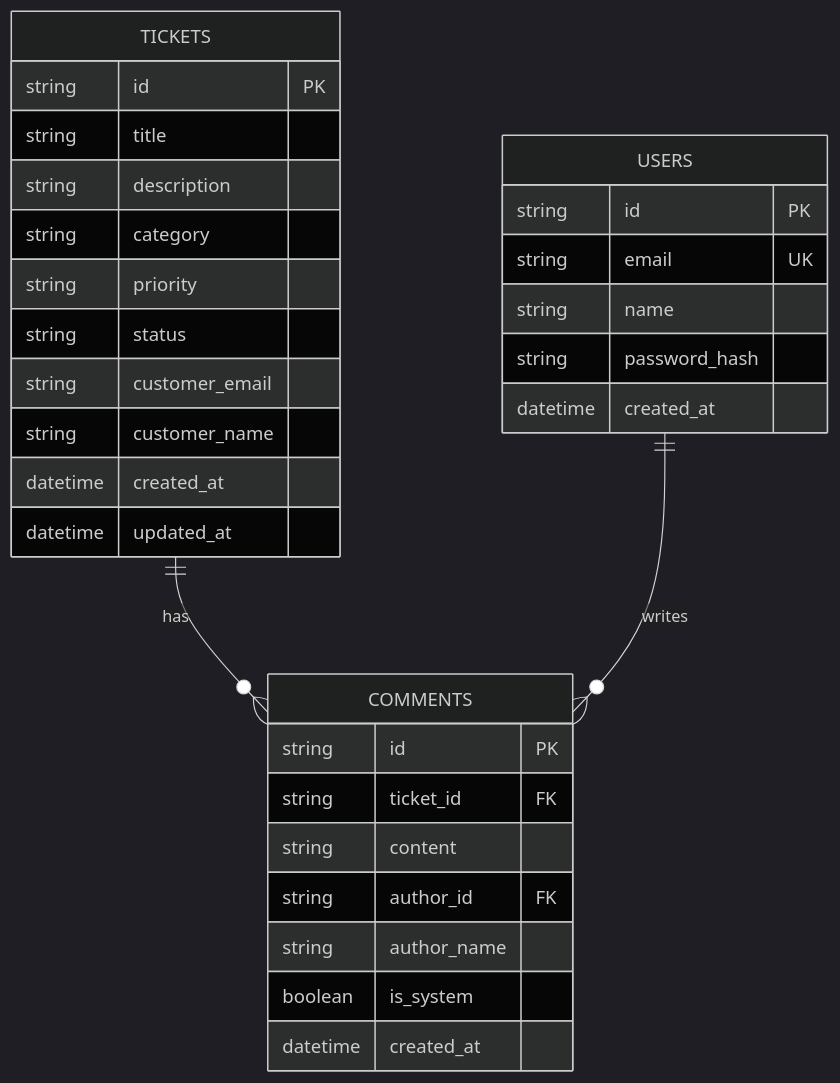
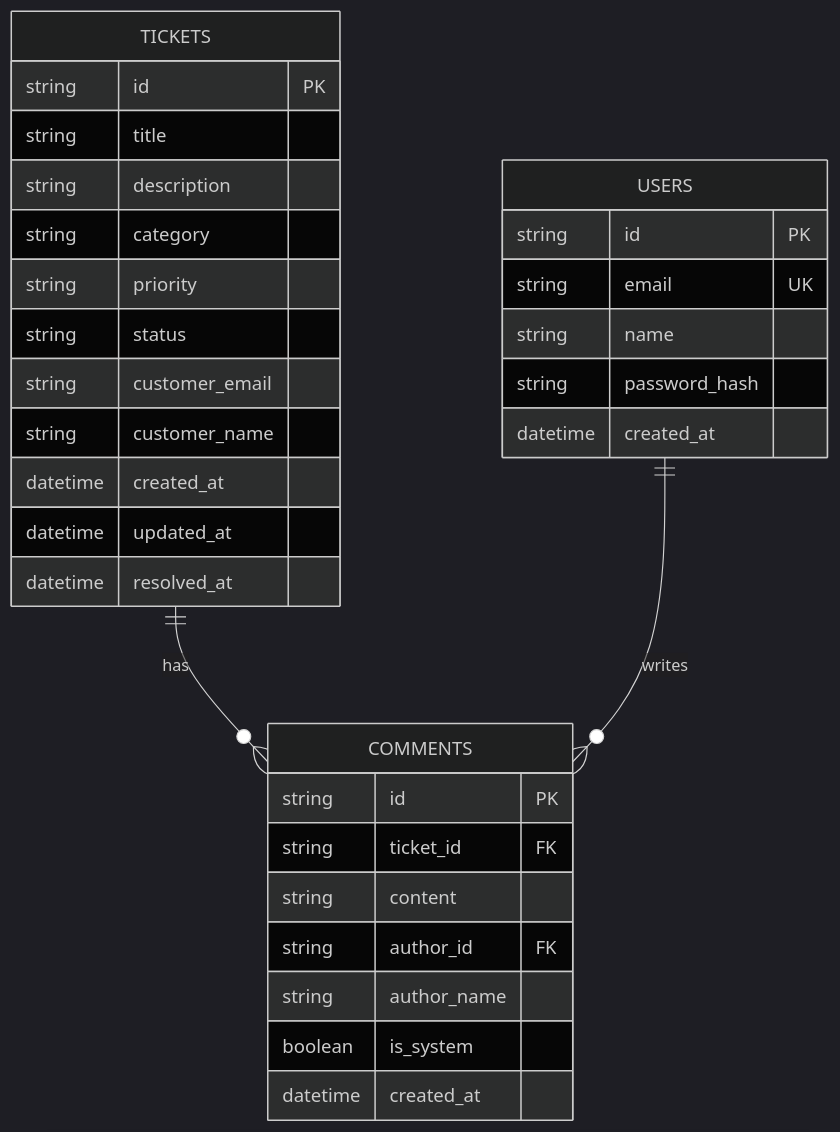
Before and after one commit to ti994a/TelosDemo: the fifth of 9 diagrams in .kiro/steering/architecture-overview.md, drawn with Mermaid (dark theme). The commit also changed other lines of this file and 20 other files, not shown here.

````diff
--- a/.kiro/steering/architecture-overview.md
+++ b/.kiro/steering/architecture-overview.md
@@ -157,36 +159,37 @@
 ```mermaid
 erDiagram
     TICKETS ||--o{ COMMENTS : has
     USERS ||--o{ COMMENTS : writes
     
     TICKETS {
         string id PK
         string title
         string description
         string category
         string priority
         string status
         string customer_email
         string customer_name
         datetime created_at
         datetime updated_at
+        datetime resolved_at
     }
     
     COMMENTS {
         string id PK
         string ticket_id FK
         string content
         string author_id FK
         string author_name
         boolean is_system
         datetime created_at
     }
     
     USERS {
         string id PK
         string email UK
         string name
         string password_hash
         datetime created_at
     }
 ```
````
